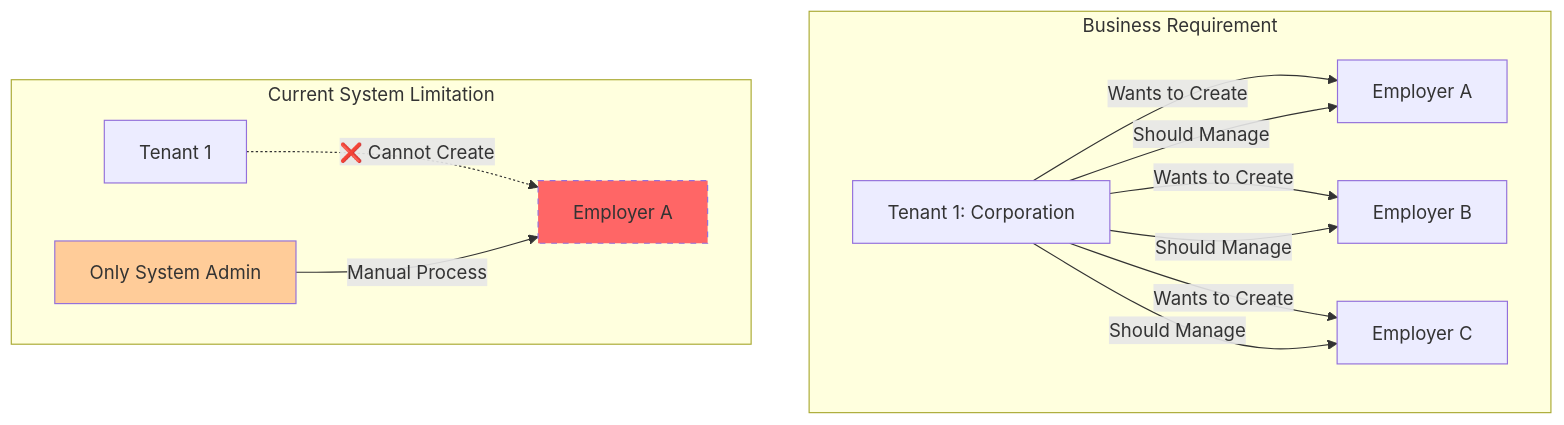
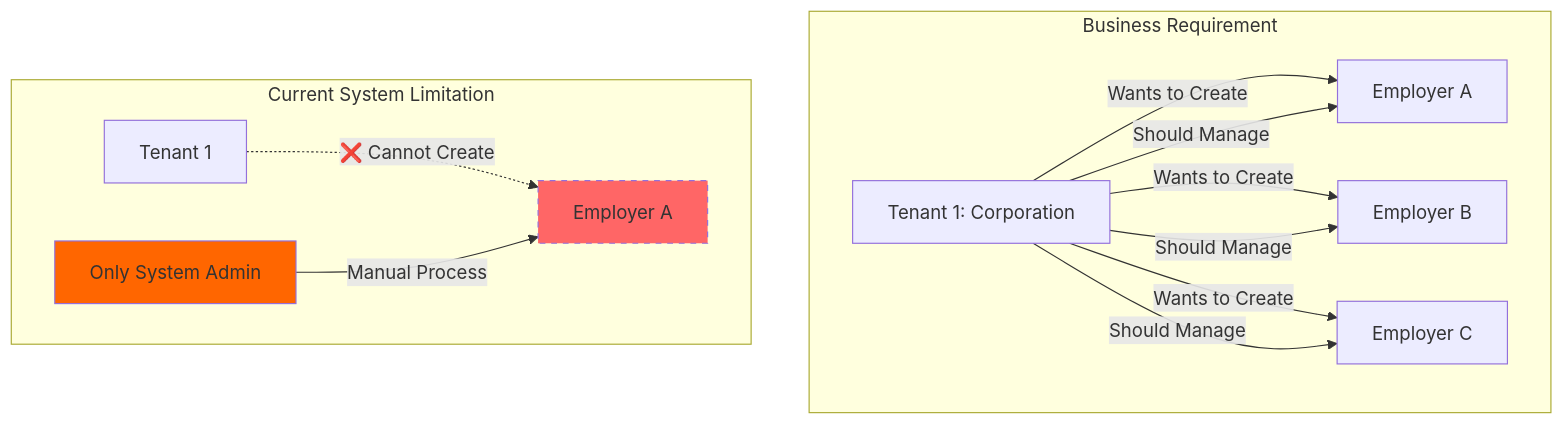
Before and after one commit to hi-dil/SSO-POC: the eighth of 21 diagrams in docs/architecture/challenges-and-solutions.md, drawn with Mermaid. The commit also changed other lines of this file, not shown here.

````diff
--- a/docs/architecture/challenges-and-solutions.md
+++ b/docs/architecture/challenges-and-solutions.md
@@ -260,23 +257,23 @@
 ```mermaid
 graph TB
     subgraph "Business Requirement"
         CORP[Tenant 1: Corporation]
         
         CORP -->|Wants to Create| E1[Employer A]
         CORP -->|Wants to Create| E2[Employer B]
         CORP -->|Wants to Create| E3[Employer C]
         
         CORP -->|Should Manage| E1
         CORP -->|Should Manage| E2
         CORP -->|Should Manage| E3
     end
     
     subgraph "Current System Limitation"
         CORP2[Tenant 1] 
         CORP2 -.❌ Cannot Create.-> E1X[Employer A]
         ADMIN[Only System Admin] -->|Manual Process| E1X
     end
     
     style E1X fill:#ff6666,stroke-dasharray: 5 5
-    style ADMIN fill:#ffcc99
+    style ADMIN fill:#ff6600
 ```
````
